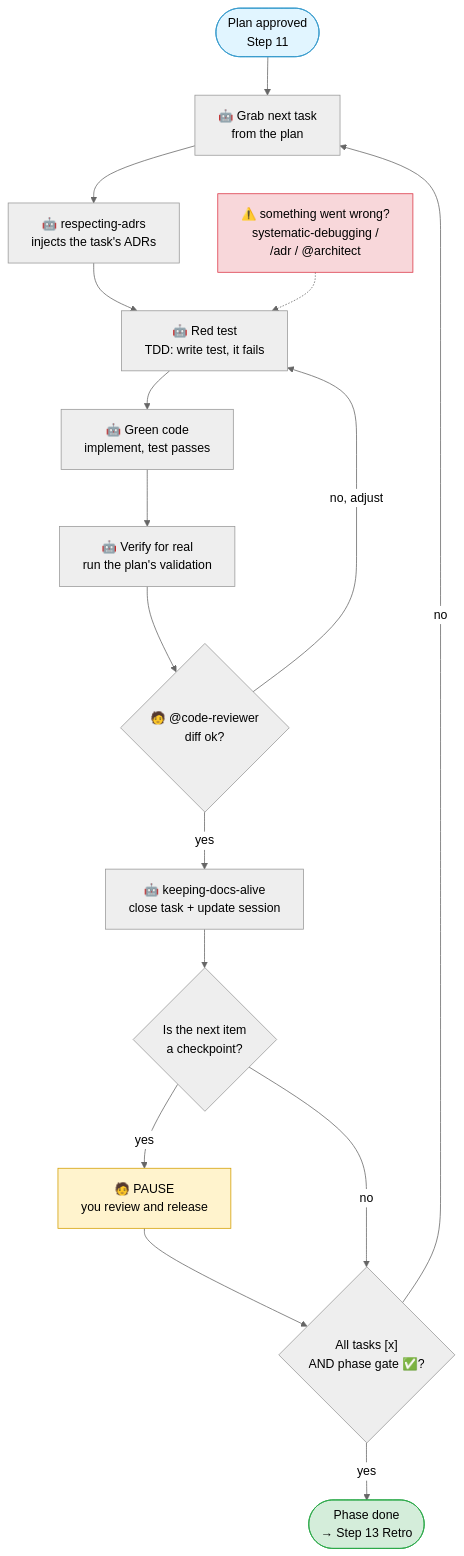
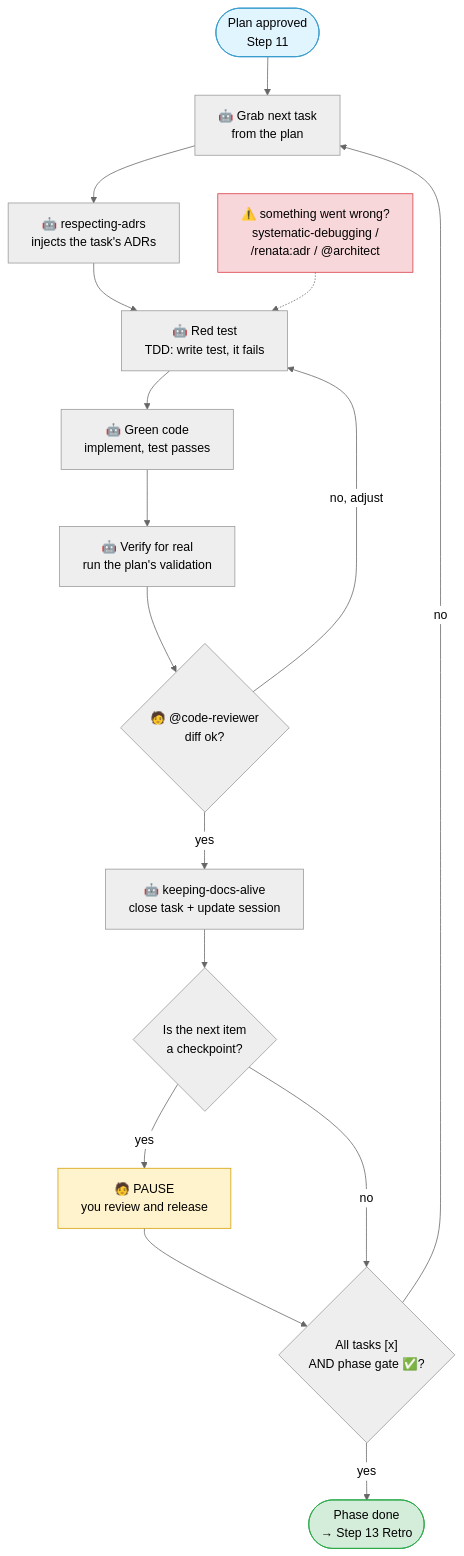
Before and after one commit to AInsteinsBR/renata: the second of 5 diagrams in GETTING-STARTED.md, drawn with Mermaid (neutral theme). The commit also changed other lines of this file and 28 other files, not shown here.

````diff
--- a/GETTING-STARTED.md
+++ b/GETTING-STARTED.md
@@ -100,29 +100,29 @@
 ```mermaid
 flowchart TD
     START(["Plan approved<br/>Step 11"]) --> T1["🤖 Grab next task<br/>from the plan"]
     T1 --> T2["🤖 respecting-adrs<br/>injects the task's ADRs"]
     T2 --> T3["🤖 Red test<br/>TDD: write test, it fails"]
     T3 --> T4["🤖 Green code<br/>implement, test passes"]
     T4 --> T5["🤖 Verify for real<br/>run the plan's validation"]
     T5 --> T6{"🧑 @code-reviewer<br/>diff ok?"}
     T6 -->|"no, adjust"| T3
     T6 -->|yes| T7["🤖 keeping-docs-alive<br/>close task + update session"]
     T7 --> CK{"Is the next item<br/>a checkpoint?"}
     CK -->|"yes"| PAUSE["🧑 PAUSE<br/>you review and release"]
     PAUSE --> GATE{"All tasks [x]<br/>AND phase gate ✅?"}
     CK -->|"no"| GATE
     GATE -->|"no"| T1
     GATE -->|"yes"| DONE(["Phase done<br/>→ Step 13 Retro"])
 
-    SOS["⚠️ something went wrong?<br/>systematic-debugging /<br/>/adr / @architect"] -.-> T3
+    SOS["⚠️ something went wrong?<br/>systematic-debugging /<br/>/renata:adr / @architect"] -.-> T3
 
     classDef start fill:#e1f5ff,stroke:#3399cc,color:#000
     classDef done  fill:#d4edda,stroke:#28a745,color:#000
     classDef pause fill:#fff3cd,stroke:#d39e00,color:#000
     classDef sos   fill:#f8d7da,stroke:#dc3545,color:#000
 
     class START start
     class DONE done
     class PAUSE pause
     class SOS sos
 ```
````
